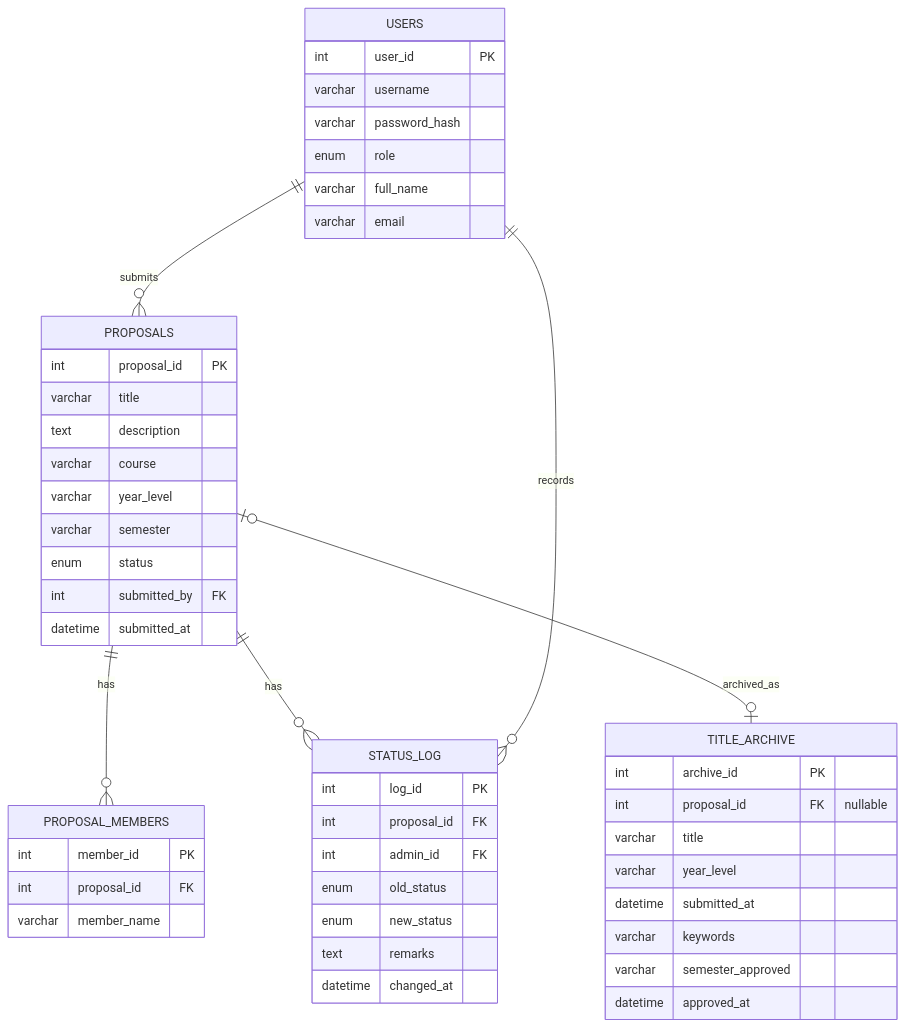
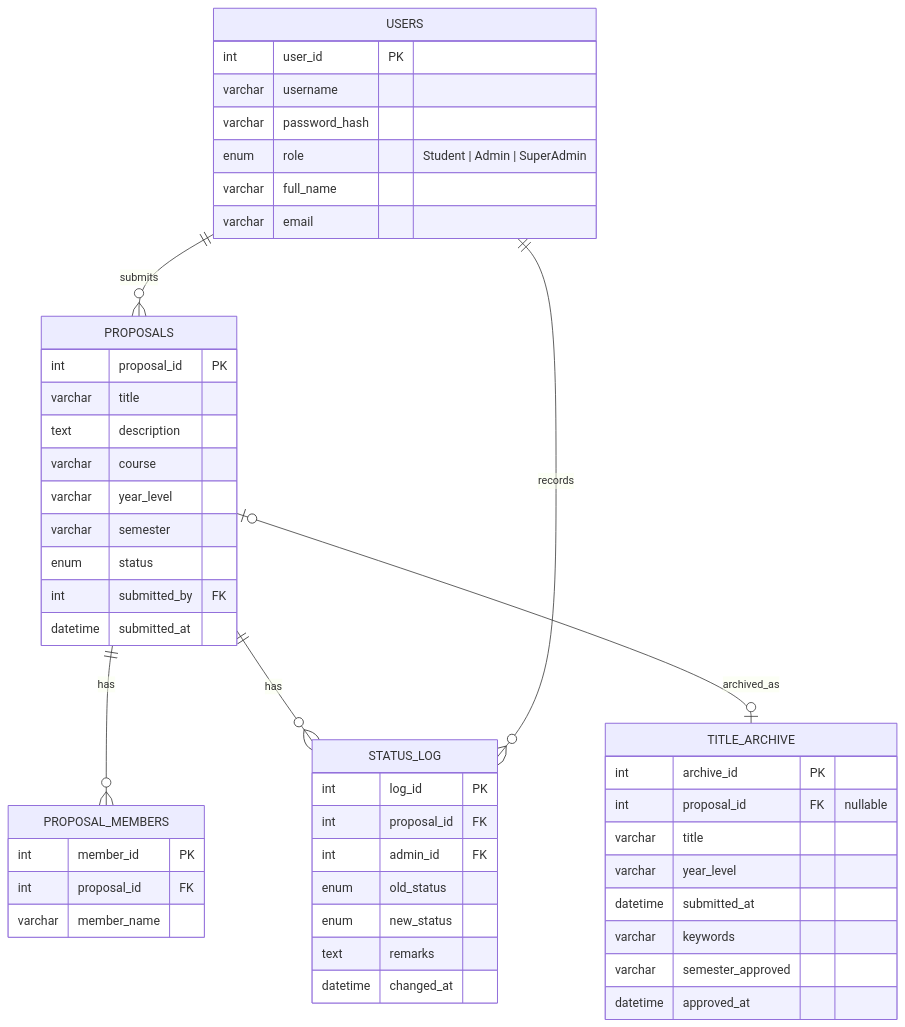
The diagram in docs/DATABASE_SCHEMA.md (albertii-alt/it-capstone-proposal-management-tracking-system-vbnet), drawn with Mermaid before and after one commit. The commit also changed other lines of this file and 19 other files, not shown here.

````diff
--- a/docs/DATABASE_SCHEMA.md
+++ b/docs/DATABASE_SCHEMA.md
@@ -8,51 +9,51 @@
 ```mermaid
 erDiagram
   USERS ||--o{ PROPOSALS : submits
   PROPOSALS ||--o{ PROPOSAL_MEMBERS : has
   PROPOSALS ||--o{ STATUS_LOG : has
   PROPOSALS o|--o| TITLE_ARCHIVE : archived_as
   USERS ||--o{ STATUS_LOG : records
   USERS {
     int user_id PK
     varchar username
     varchar password_hash
-    enum role
+    enum role "Student | Admin | SuperAdmin"
     varchar full_name
     varchar email
   }
   PROPOSALS {
     int proposal_id PK
     varchar title
     text description
     varchar course
     varchar year_level
     varchar semester
     enum status
     int submitted_by FK
     datetime submitted_at
   }
   PROPOSAL_MEMBERS {
     int member_id PK
     int proposal_id FK
     varchar member_name
   }
   STATUS_LOG {
     int log_id PK
     int proposal_id FK
     int admin_id FK
     enum old_status
     enum new_status
     text remarks
     datetime changed_at
   }
   TITLE_ARCHIVE {
     int archive_id PK
     int proposal_id FK "nullable"
     varchar title
     varchar year_level
     datetime submitted_at
     varchar keywords
     varchar semester_approved
     datetime approved_at
   }
 ```
````
